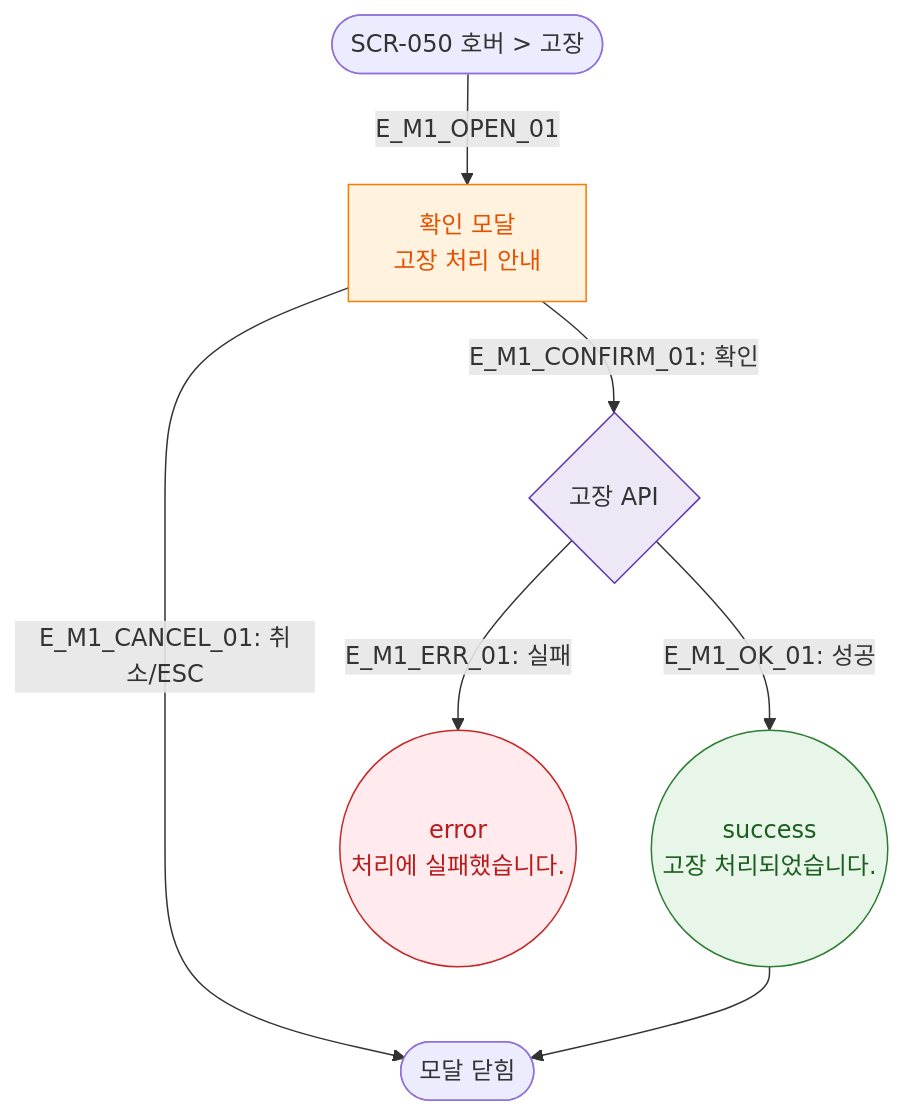
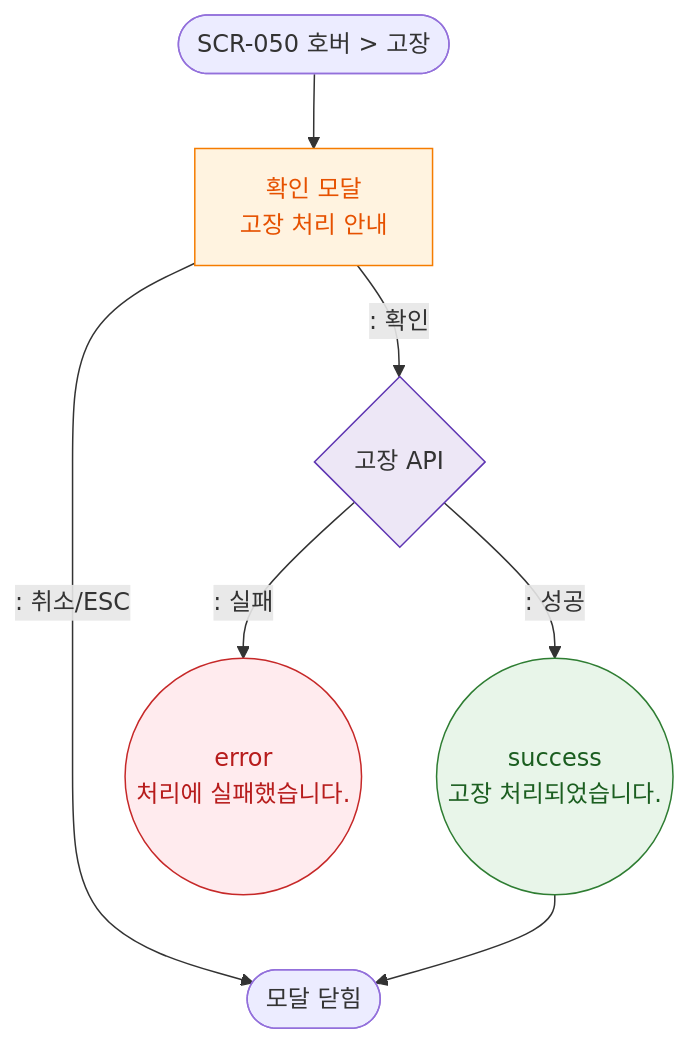
Before and after one commit to dev-spogym/admin-pando: the diagram in docs/다이어그램/D06_시설관리/DLG/DLG-050-005_고장토글확인/M1_생명주기.md, drawn with Mermaid. The commit also changed other lines of this file and 1660 other files, not shown here.

First line of the commit message:
다이어그램: 기획자/클라이언트 납품본으로 정리

````diff
--- a/docs/다이어그램/D06_시설관리/DLG/DLG-050-005_고장토글확인/M1_생명주기.md
+++ b/docs/다이어그램/D06_시설관리/DLG/DLG-050-005_고장토글확인/M1_생명주기.md
@@ -16,18 +14,18 @@
 ```mermaid
 flowchart TD
-    TRIGGER([SCR-050 호버 > 고장]) -->|E_M1_OPEN_01| OPEN[확인 모달\n고장 처리 안내]
-    OPEN -->|"E_M1_CONFIRM_01: 확인"| BrokenAPI{고장 API}
-    BrokenAPI -->|"E_M1_OK_01: 성공"| SUCCESS((success\n고장 처리되었습니다.))
-    BrokenAPI -->|"E_M1_ERR_01: 실패"| FAIL((error\n처리에 실패했습니다.))
-    OPEN -->|"E_M1_CANCEL_01: 취소/ESC"| CLOSED([모달 닫힘])
+    TRIGGER([SCR-050 호버 > 고장]) --> OPEN[확인 모달\n고장 처리 안내]
+    OPEN -->|": 확인"|BrokenAPI{고장 API}
+    BrokenAPI -->|": 성공"|SUCCESS((success\n고장 처리되었습니다.))
+    BrokenAPI -->|": 실패"|FAIL((error\n처리에 실패했습니다.))
+    OPEN -->|": 취소/ESC"|CLOSED([모달 닫힘])
     SUCCESS --> CLOSED
 
     classDef modal fill:#FFF3E0,stroke:#F57C00,color:#E65100
     classDef success fill:#E8F5E9,stroke:#2E7D32,color:#1B5E20
     classDef error fill:#FFEBEE,stroke:#C62828,color:#B71C1C
     classDef system fill:#EDE7F6,stroke:#5E35B2
     class OPEN modal
     class SUCCESS success
     class FAIL error
     class BrokenAPI system
 ```
````
